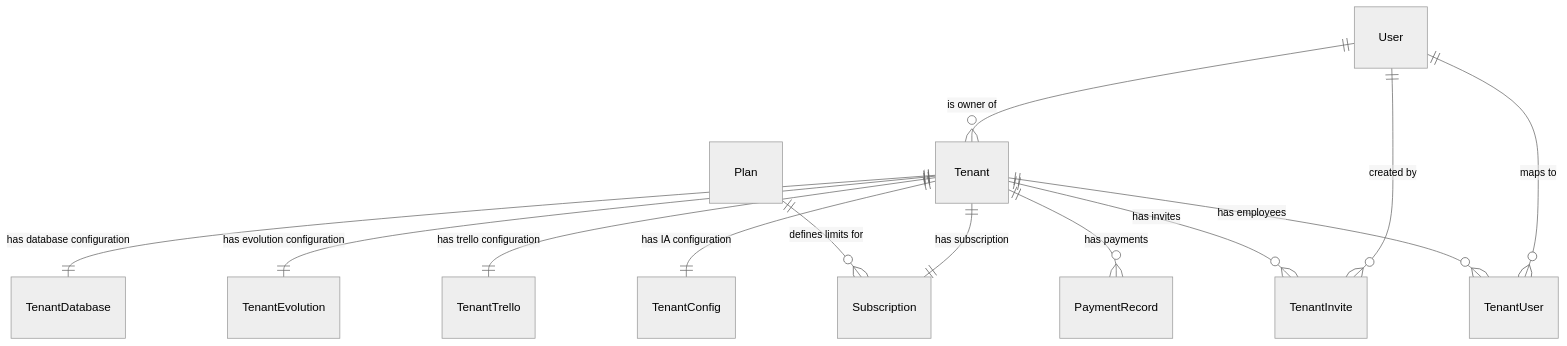
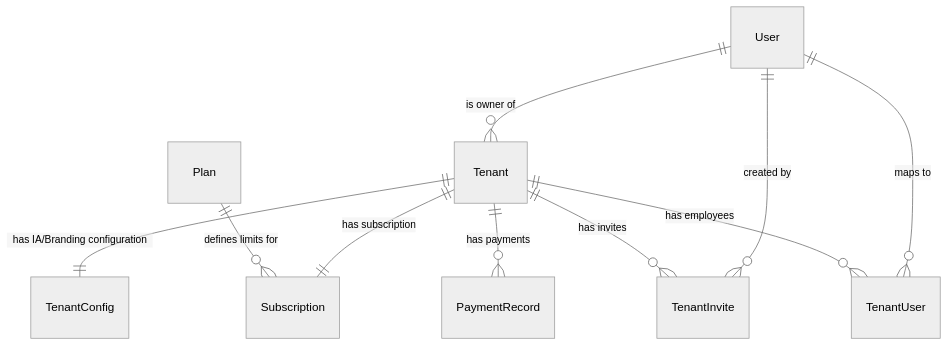
One commit to pwlimaverde/smart-core-assistant-v2 changed the diagram in smart-agent-config/doc_dev/modelagem_dados/01_modulo_tenants.md. Above: the diagram before and after it, drawn with Mermaid (neutral theme). The commit also changed other lines of this file and 11 other files, not shown here.

````diff
--- a/smart-agent-config/doc_dev/modelagem_dados/01_modulo_tenants.md
+++ b/smart-agent-config/doc_dev/modelagem_dados/01_modulo_tenants.md
@@ -9,15 +9,12 @@
 ```mermaid
 erDiagram
     User ||--o{ Tenant : "is owner of"
-    Tenant ||--|| TenantDatabase : "has database configuration"
-    Tenant ||--|| TenantEvolution : "has evolution configuration"
-    Tenant ||--|| TenantTrello : "has trello configuration"
-    Tenant ||--|| TenantConfig : "has IA configuration"
+    Tenant ||--|| TenantConfig : "has IA/Branding configuration"
     Plan ||--o{ Subscription : "defines limits for"
     Tenant ||--|| Subscription : "has subscription"
     Tenant ||--o{ PaymentRecord : "has payments"
     Tenant ||--o{ TenantInvite : "has invites"
     Tenant ||--o{ TenantUser : "has employees"
     User ||--o{ TenantUser : "maps to"
     User ||--o{ TenantInvite : "created by"
 ```
````
